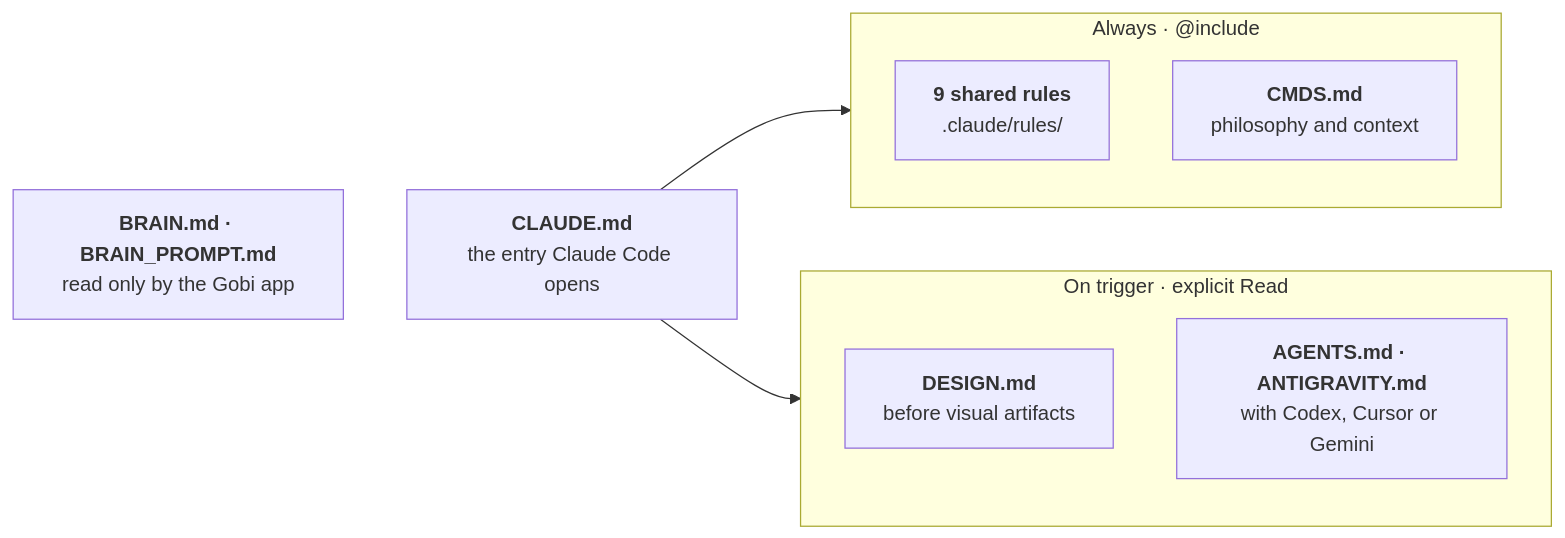
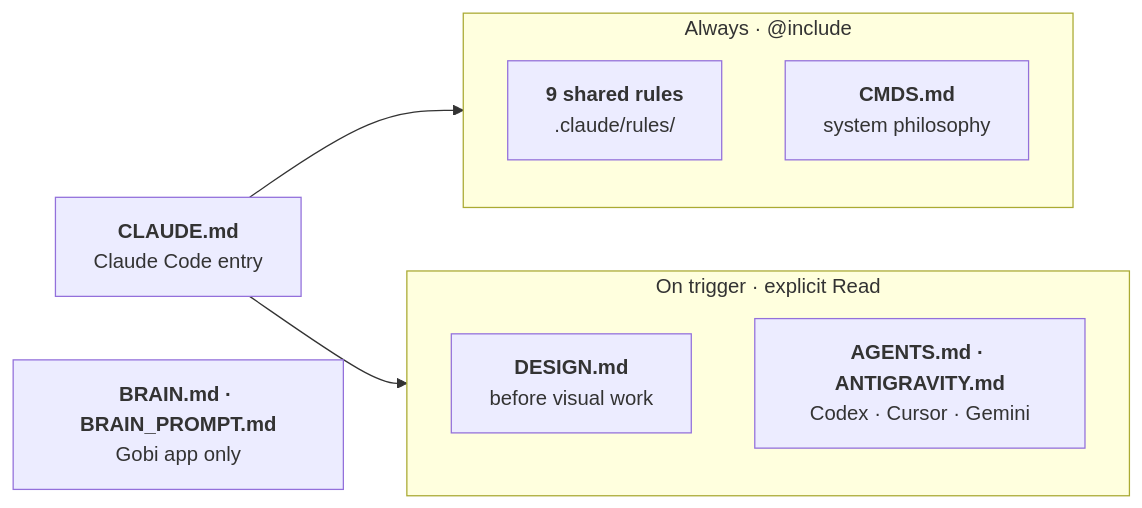
One commit to johnfkoo951/cmds-system-files changed the diagram in diagrams/src/arch-load-en.md. Above: the diagram before and after it, drawn with Mermaid. The commit also changed other lines of this file and 20 other files, not shown here.

Commit message:
site: diagrams after reviewer pass (tighter labels, one-sentence captions, who-reads-what as flowchart) + copy refresh

````diff
--- a/diagrams/src/arch-load-en.md
+++ b/diagrams/src/arch-load-en.md
@@ -1,24 +1,25 @@
 ```mermaid
 flowchart LR
 %% @name: arch-load-en
-%% @alt: CLAUDE.md is the entry Claude Code opens. It always includes the 9 shared rules and CMDS.md; DESIGN, AGENTS and ANTIGRAVITY are read on trigger; BRAIN and BRAIN_PROMPT are read only by the Gobi app.
+%% @alt: CLAUDE.md is the entry Claude Code opens. It always includes the nine shared rules and CMDS.md; DESIGN, AGENTS and ANTIGRAVITY are read on trigger; BRAIN and BRAIN_PROMPT are read only by the Gobi app.
 %% @key: CL
 %% @aux: BR
+  CL["`**CLAUDE.md**
+Claude Code entry`"]
   BR["`**BRAIN.md · BRAIN_PROMPT.md**
-read only by the Gobi app`"] ~~~ CL["`**CLAUDE.md**
-the entry Claude Code opens`"]
+Gobi app only`"]
   subgraph ALWAYS["Always · @include"]
     R["`**9 shared rules**
 .claude/rules/`"]
     CM["`**CMDS.md**
-philosophy and context`"]
+system philosophy`"]
   end
   subgraph TRIG["On trigger · explicit Read"]
     D["`**DESIGN.md**
-before visual artifacts`"]
+before visual work`"]
     AA["`**AGENTS.md · ANTIGRAVITY.md**
-with Codex, Cursor or Gemini`"]
+Codex · Cursor · Gemini`"]
   end
   CL --> ALWAYS
   CL --> TRIG
 ```
````
